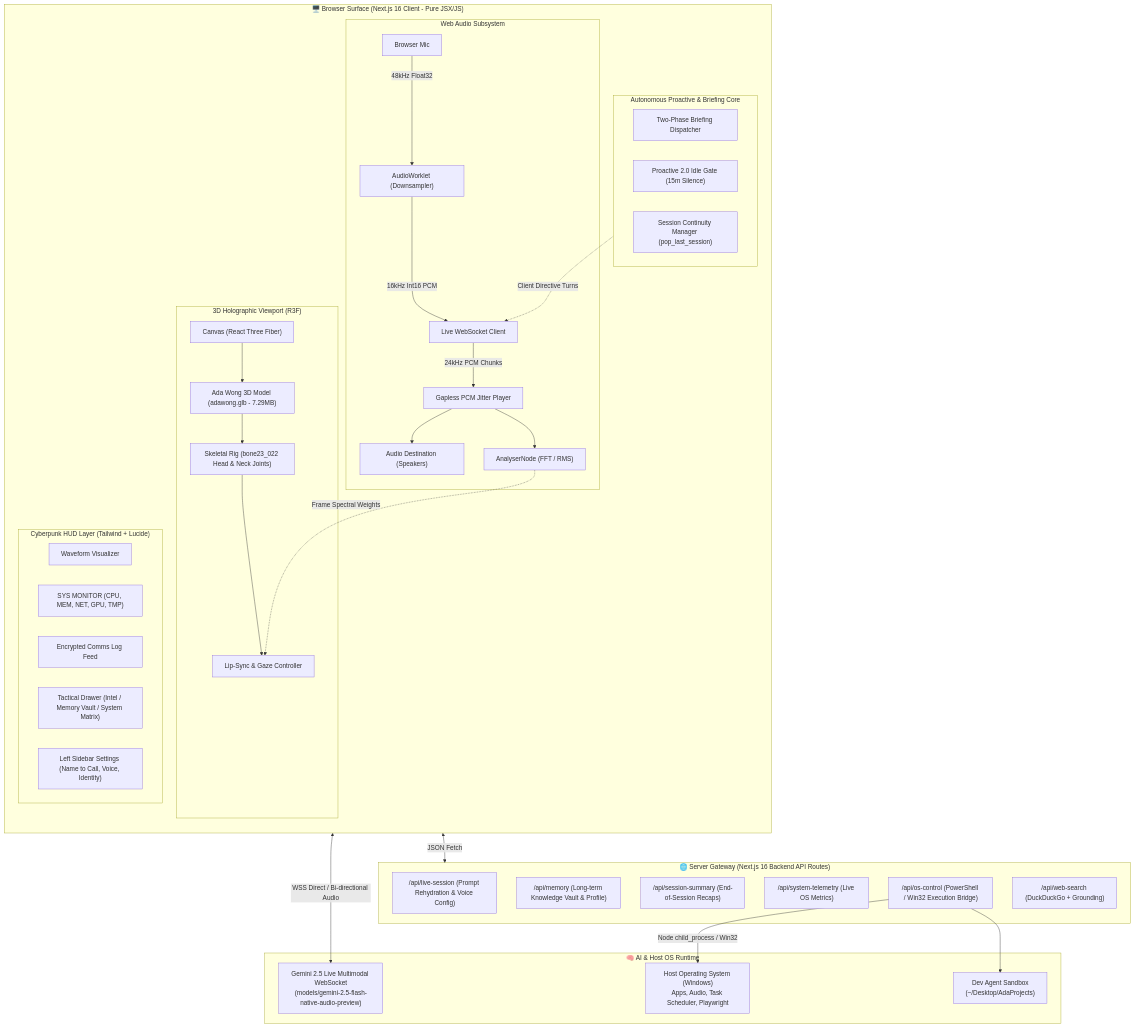
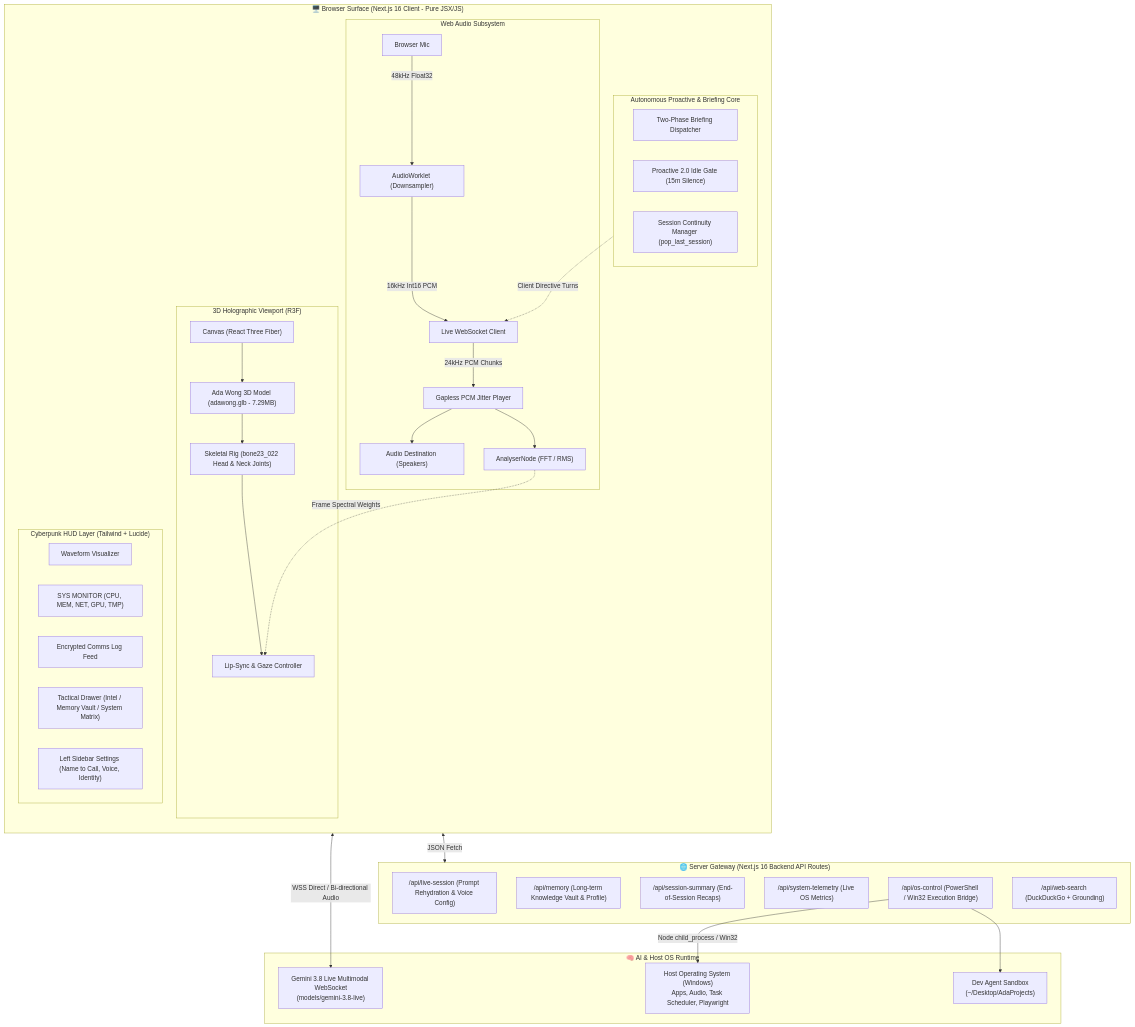
The diagram in docs/ARCHITECTURE.md (bhavyajustchill/ultron-ai), drawn with Mermaid before and after one commit. The commit also changed other lines of this file and 18 other files, not shown here.

First line of the commit message:
Migrate voice core to Gemini 3.8 Live with session resumption

````diff
--- a/docs/ARCHITECTURE.md
+++ b/docs/ARCHITECTURE.md
@@ -22,58 +22,58 @@
 ```mermaid
 flowchart TB
     subgraph BrowserSurface ["🖥️ Browser Surface (Next.js 16 Client - Pure JSX/JS)"]
         direction TB
         subgraph Viewport3D ["3D Holographic Viewport (R3F)"]
             ThreeCanvas["Canvas (React Three Fiber)"]
             AdaModel["Ada Wong 3D Model (adawong.glb - 7.29MB)"]
             BoneRig["Skeletal Rig (bone23_022 Head & Neck Joints)"]
             MorphDriver["Lip-Sync & Gaze Controller"]
             ThreeCanvas --> AdaModel --> BoneRig --> MorphDriver
         end
 
         subgraph AudioCore ["Web Audio Subsystem"]
             Mic["Browser Mic"] -->|48kHz Float32| Worklet["AudioWorklet (Downsampler)"]
             Worklet -->|16kHz Int16 PCM| WSClient["Live WebSocket Client"]
             WSClient -->|24kHz PCM Chunks| JitterQueue["Gapless PCM Jitter Player"]
             JitterQueue --> OutputDest["Audio Destination (Speakers)"]
             JitterQueue --> Analyser["AnalyserNode (FFT / RMS)"]
         end
 
         Analyser -.->|Frame Spectral Weights| MorphDriver
 
         subgraph ProactiveCore ["Autonomous Proactive & Briefing Core"]
             Briefing["Two-Phase Briefing Dispatcher"]
             Proactive["Proactive 2.0 Idle Gate (15m Silence)"]
             SessionTracker["Session Continuity Manager (pop_last_session)"]
         end
 
         subgraph HUD ["Cyberpunk HUD Layer (Tailwind + Lucide)"]
             Waveform["Waveform Visualizer"]
             Telemetry["SYS MONITOR (CPU, MEM, NET, GPU, TMP)"]
             LogFeed["Encrypted Comms Log Feed"]
             Drawer["Tactical Drawer (Intel / Memory Vault / System Matrix)"]
             SettingsHUD["Left Sidebar Settings (Name to Call, Voice, Identity)"]
         end
     end
 
     subgraph ServerGateway ["🌐 Server Gateway (Next.js 16 Backend API Routes)"]
         APIAuth["/api/live-session (Prompt Rehydration & Voice Config)"]
         APIMemory["/api/memory (Long-term Knowledge Vault & Profile)"]
         APISession["/api/session-summary (End-of-Session Recaps)"]
         APITelemetry["/api/system-telemetry (Live OS Metrics)"]
         APIOS["/api/os-control (PowerShell / Win32 Execution Bridge)"]
         APISearch["/api/web-search (DuckDuckGo + Grounding)"]
     end
 
     subgraph ExternalIntelligence ["🧠 AI & Host OS Runtime"]
-        GeminiLive["Gemini 2.5 Live Multimodal WebSocket\n(models/gemini-2.5-flash-native-audio-preview)"]
+        GeminiLive["Gemini 3.8 Live Multimodal WebSocket\n(models/gemini-3.8-live)"]
         HostOS["Host Operating System (Windows)\nApps, Audio, Task Scheduler, Playwright"]
         DevWorkspace["Dev Agent Sandbox\n(~/Desktop/AdaProjects)"]
     end
 
     WSClient <-->|WSS Direct / Bi-directional Audio| GeminiLive
     ProactiveCore -.->|Client Directive Turns| WSClient
     BrowserSurface <-->|JSON Fetch| ServerGateway
     APIOS -->|Node child_process / Win32| HostOS
     APIOS --> DevWorkspace
 ```
````
